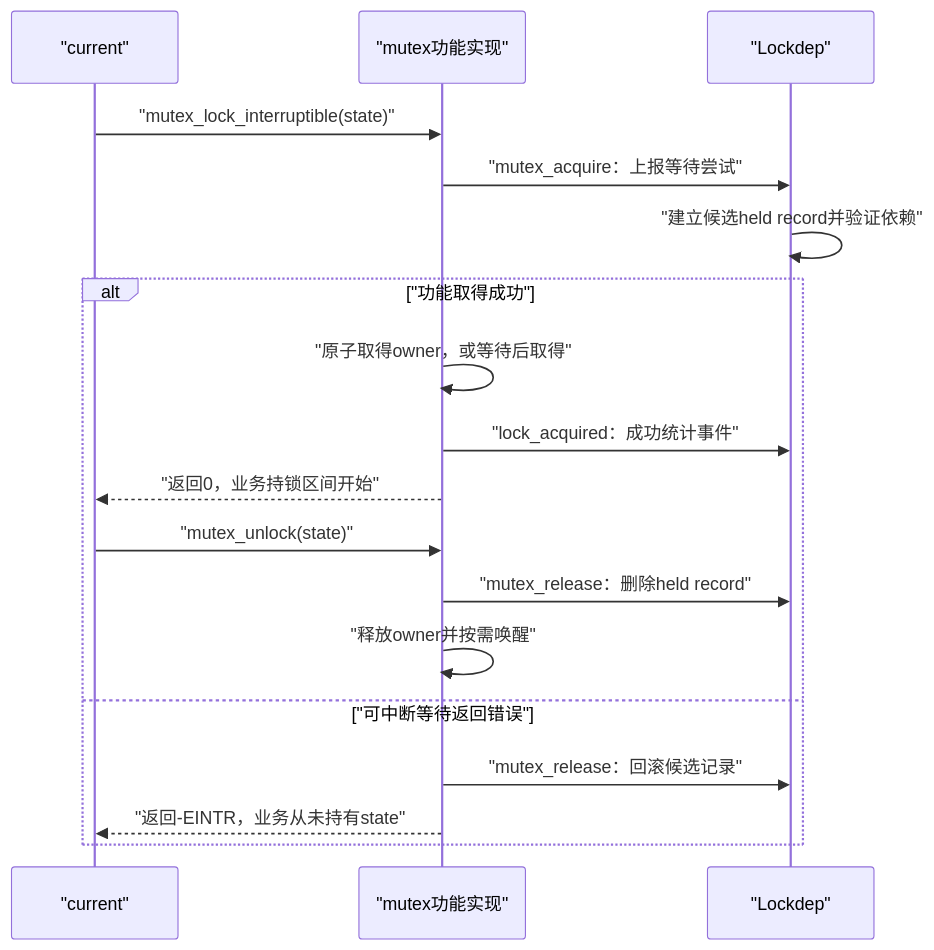
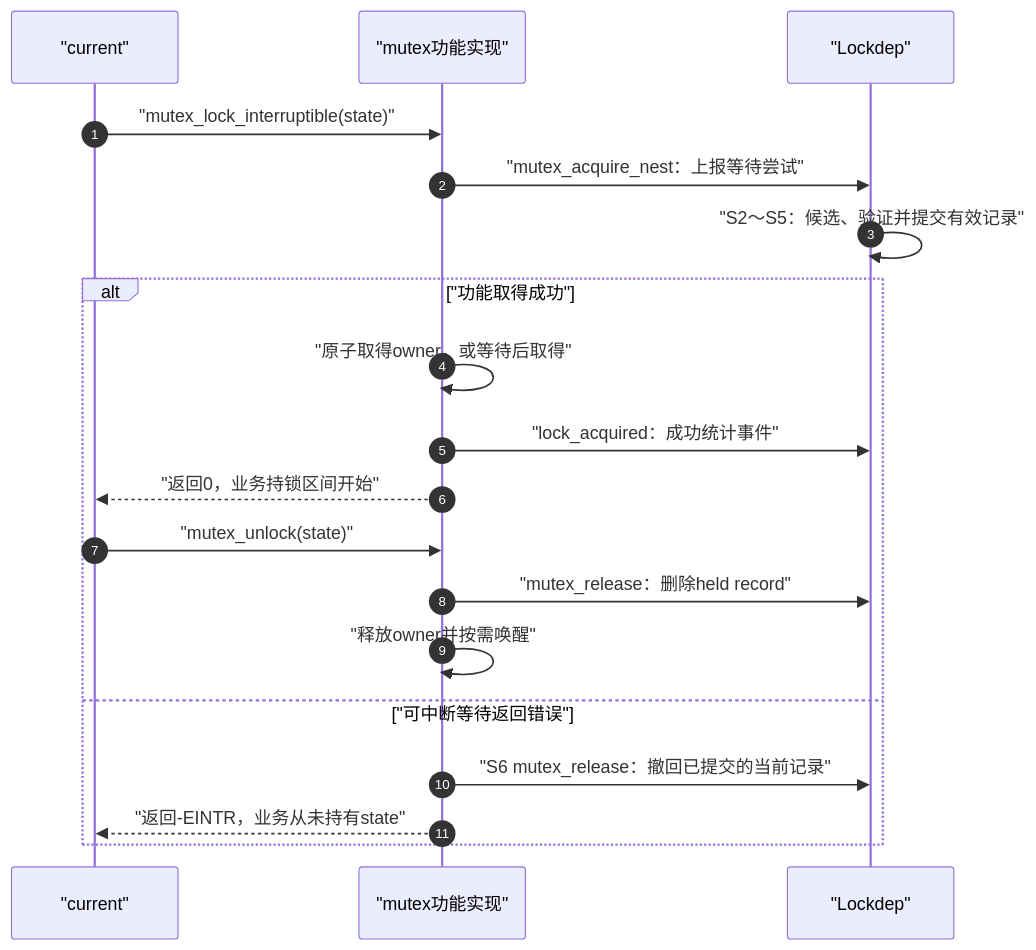
One commit to FormingSystem/linux_note changed the first of 2 diagrams in knowledge/linux/synchronization_and_asynchrony/synchronization/lockdep/P04_持锁账本_依赖图与状态闭环.md. Above: the diagram before and after it, drawn with Mermaid. The commit also changed other lines of this file and 4 other files, not shown here.

````diff
--- a/knowledge/linux/synchronization_and_asynchrony/synchronization/lockdep/P04_持锁账本_依赖图与状态闭环.md
+++ b/knowledge/linux/synchronization_and_asynchrony/synchronization/lockdep/P04_持锁账本_依赖图与状态闭环.md
@@ -63,20 +63,21 @@
 ```mermaid
 sequenceDiagram
+    autonumber
     participant T as "current"
     participant M as "mutex功能实现"
     participant L as "Lockdep"
     T->>M: "mutex_lock_interruptible(state)"
-    M->>L: "mutex_acquire：上报等待尝试"
-    L->>L: "建立候选held record并验证依赖"
+    M->>L: "mutex_acquire_nest：上报等待尝试"
+    L->>L: "S2～S5：候选、验证并提交有效记录"
     alt "功能取得成功"
         M->>M: "原子取得owner，或等待后取得"
         M->>L: "lock_acquired：成功统计事件"
         M-->>T: "返回0，业务持锁区间开始"
         T->>M: "mutex_unlock(state)"
         M->>L: "mutex_release：删除held record"
         M->>M: "释放owner并按需唤醒"
     else "可中断等待返回错误"
-        M->>L: "mutex_release：回滚候选记录"
+        M->>L: "S6 mutex_release：撤回已提交的当前记录"
         M-->>T: "返回-EINTR，业务从未持有state"
     end
 ```
````
